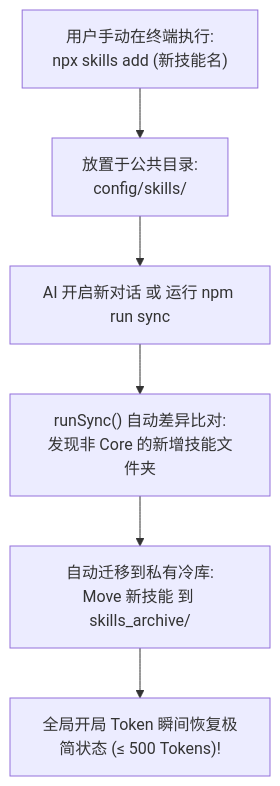
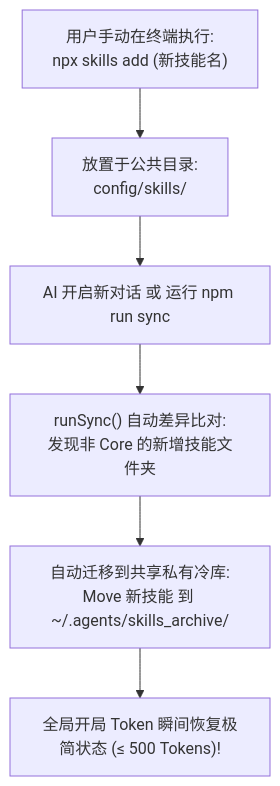
One commit to amasun/skill-orchestrator changed the second of 2 diagrams in README.md. Above: the diagram before and after it, drawn with Mermaid. The commit also changed other lines of this file and 2 other files, not shown here.

Commit message:
Feat: Standardize on Unified Shared Cold Archive (~/.agents/skills_archive/) across code and docs (v2.6.0)

````diff
--- a/README.md
+++ b/README.md
@@ -128,8 +130,8 @@
 ```mermaid
 flowchart TD
     UserAction["用户手动在终端执行:<br>npx skills add (新技能名)"] --> PublicFolder["放置于公共目录:<br>config/skills/"]
     PublicFolder --> Trigger["AI 开启新对话 或 运行 npm run sync"]
     Trigger --> Detect["runSync() 自动差异比对:<br>发现非 Core 的新增技能文件夹"]
-    Detect --> Migrate["自动迁移到私有冷库:<br>Move 新技能 到 skills_archive/"]
+    Detect --> Migrate["自动迁移到共享私有冷库:<br>Move 新技能 到 ~/.agents/skills_archive/"]
     Migrate --> Result["全局开局 Token 瞬间恢复极简状态 (&le; 500 Tokens)!"]
 ```
````
